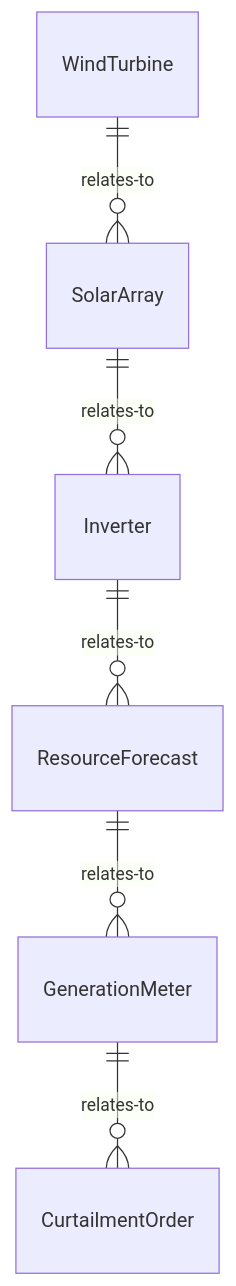
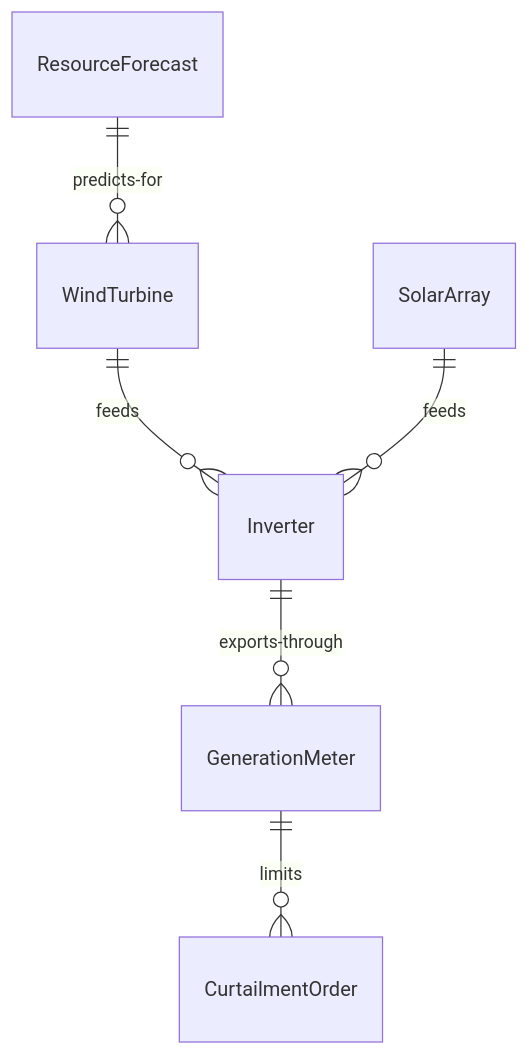
One commit to dot-org-ai/tasks.org.ai changed the first of 4 diagrams in ControllingMachinesAndProcesses/OperateEnergyProductionOrDistributionEquipment/OperateGreenEnergyProductionEquipment.mdx. Above: the diagram before and after it, drawn with Mermaid. The commit also changed other lines of this file and 515 other files, not shown here.

````diff
--- a/ControllingMachinesAndProcesses/OperateEnergyProductionOrDistributionEquipment/OperateGreenEnergyProductionEquipment.mdx
+++ b/ControllingMachinesAndProcesses/OperateEnergyProductionOrDistributionEquipment/OperateGreenEnergyProductionEquipment.mdx
@@ -87,8 +87,8 @@
 ```mermaid
 erDiagram
-    WindTurbine ||--o{ SolarArray : relates-to
-    SolarArray ||--o{ Inverter : relates-to
-    Inverter ||--o{ ResourceForecast : relates-to
-    ResourceForecast ||--o{ GenerationMeter : relates-to
-    GenerationMeter ||--o{ CurtailmentOrder : relates-to
+    WindTurbine ||--o{ Inverter : feeds
+    SolarArray ||--o{ Inverter : feeds
+    ResourceForecast ||--o{ WindTurbine : predicts-for
+    Inverter ||--o{ GenerationMeter : exports-through
+    GenerationMeter ||--o{ CurtailmentOrder : limits
 ```
````
